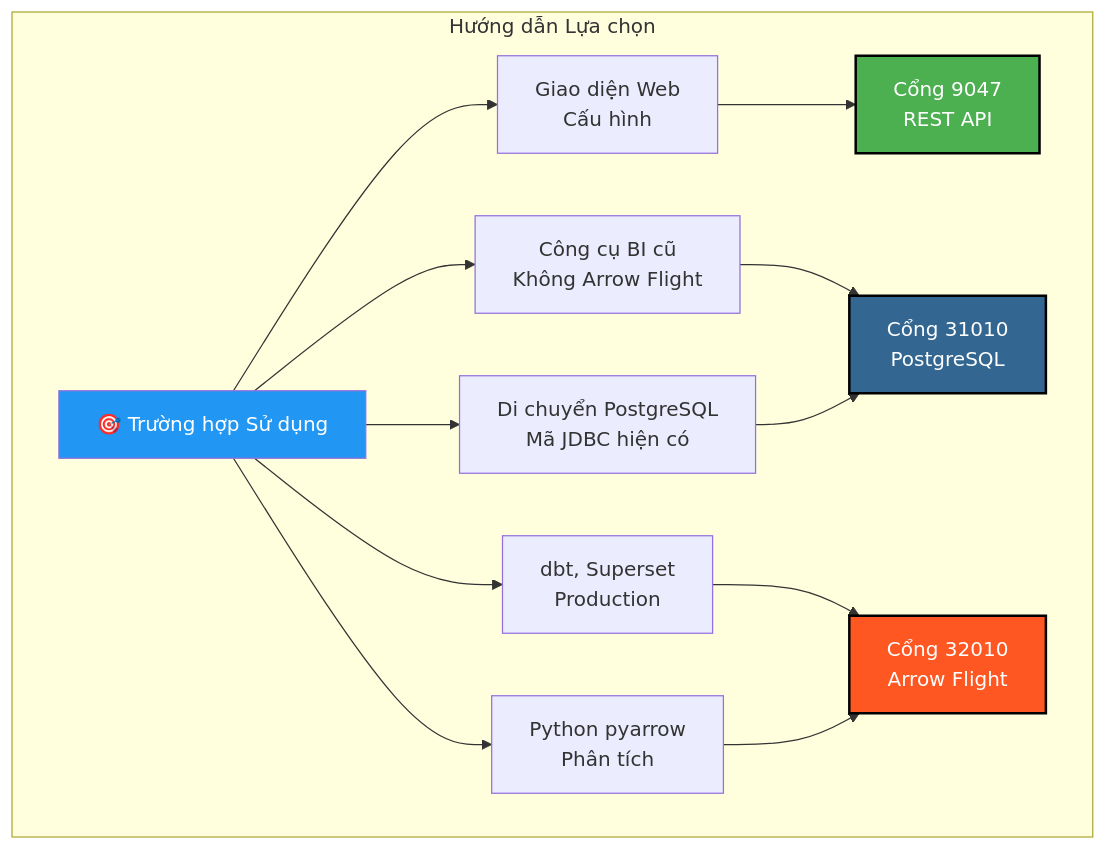
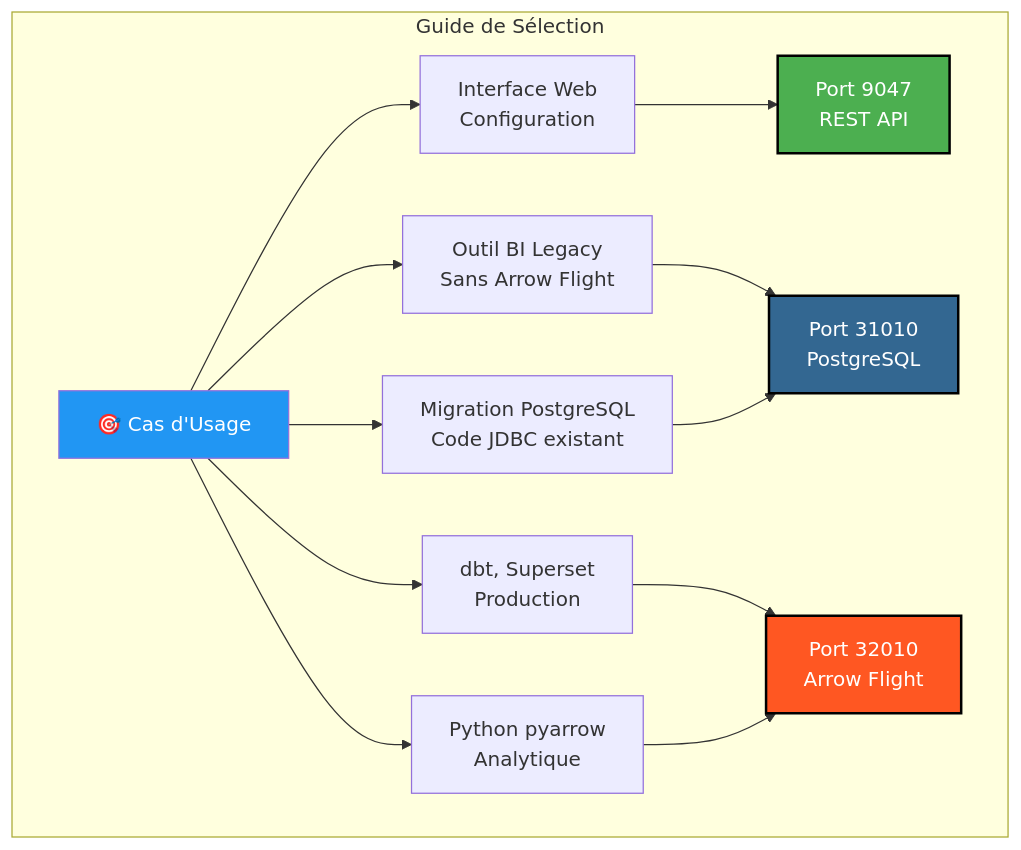
Before and after one commit to Monsau/Talentys-OSS-Data-Platform: the ninth of 9 diagrams in docs/i18n/vi/architecture/dremio-ports-visual.md, drawn with Mermaid. The commit also changed other lines of this file and 485 other files, not shown here.

First line of the commit message:
feat: v1.1.0 - Complete i18n roadmap, AI services, and data platform

````diff
--- a/docs/i18n/vi/architecture/dremio-ports-visual.md
+++ b/docs/i18n/vi/architecture/dremio-ports-visual.md
@@ -487,23 +487,23 @@
 ```mermaid
 graph TB
-    subgraph "Hướng dẫn Lựa chọn"
-        A["🎯 Trường hợp Sử dụng"]
+    subgraph "Guide de Sélection"
+        A["🎯 Cas d'Usage"]
         
-        A --> B1["Giao diện Web<br/>Cấu hình"]
-        A --> B2["Công cụ BI cũ<br/>Không Arrow Flight"]
-        A --> B3["Di chuyển PostgreSQL<br/>Mã JDBC hiện có"]
+        A --> B1["Interface Web<br/>Configuration"]
+        A --> B2["Outil BI Legacy<br/>Sans Arrow Flight"]
+        A --> B3["Migration PostgreSQL<br/>Code JDBC existant"]
         A --> B4["dbt, Superset<br/>Production"]
-        A --> B5["Python pyarrow<br/>Phân tích"]
+        A --> B5["Python pyarrow<br/>Analytique"]
         
-        B1 --> C1["Cổng 9047<br/>REST API"]
-        B2 --> C2["Cổng 31010<br/>PostgreSQL"]
+        B1 --> C1["Port 9047<br/>REST API"]
+        B2 --> C2["Port 31010<br/>PostgreSQL"]
         B3 --> C2
-        B4 --> C3["Cổng 32010<br/>Arrow Flight"]
+        B4 --> C3["Port 32010<br/>Arrow Flight"]
         B5 --> C3
     end
     
     style A fill:#2196F3,color:#fff
     style C1 fill:#4CAF50,color:#fff,stroke:#000,stroke-width:2px
     style C2 fill:#336791,color:#fff,stroke:#000,stroke-width:2px
     style C3 fill:#FF5722,color:#fff,stroke:#000,stroke-width:2px
 ```
````
